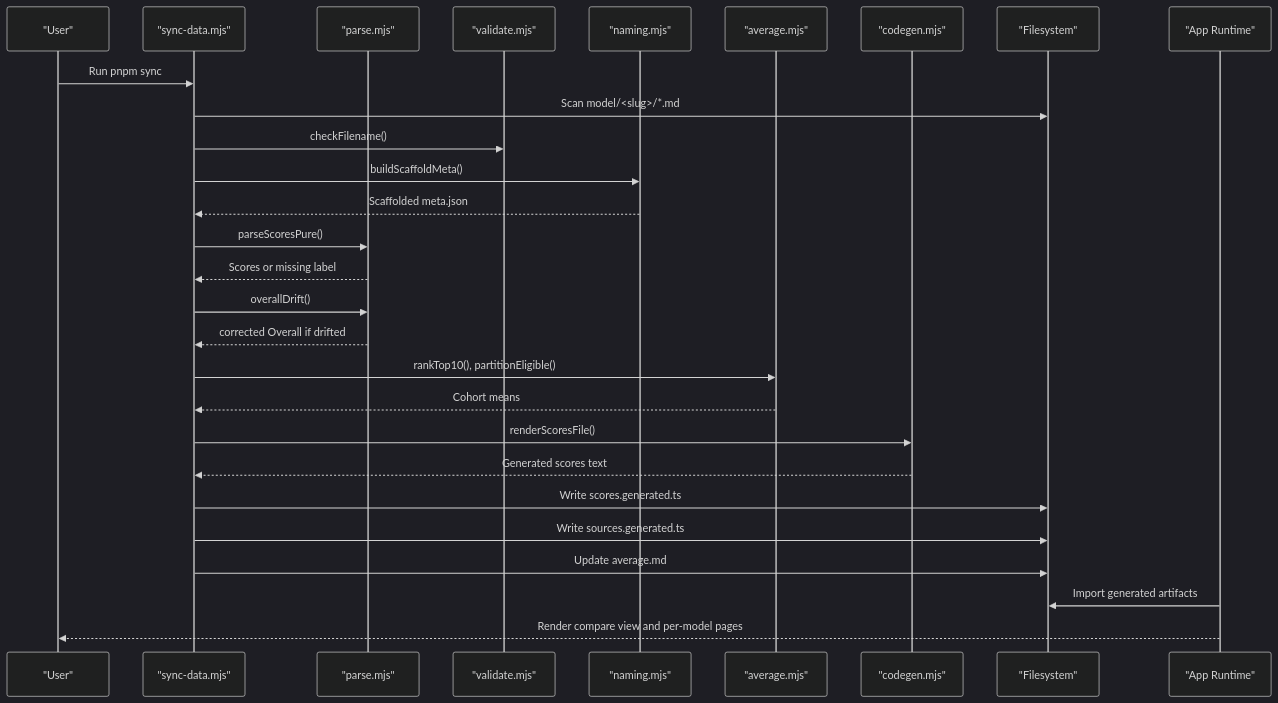
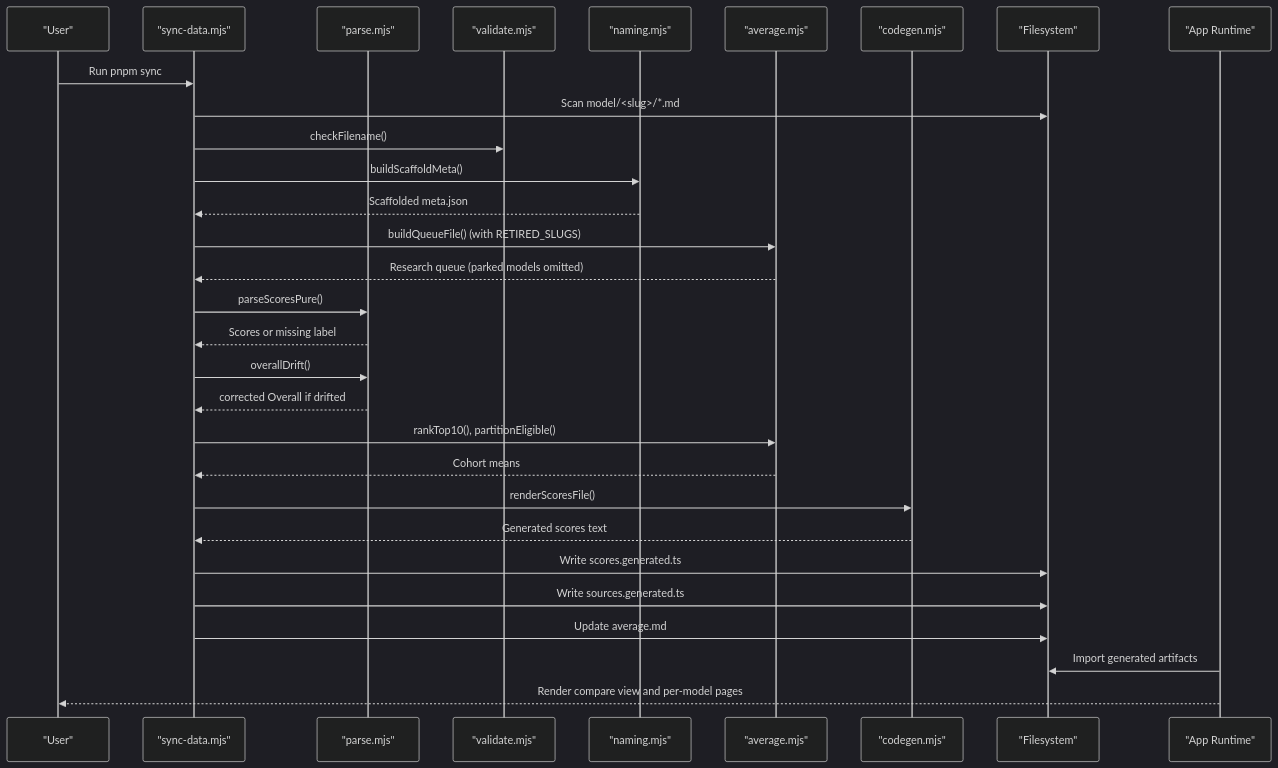
Before and after one commit to delirium-dj/modelcomp: the tenth of 17 diagrams in .qoder/repowiki/en/content/Data Management System/Data Management System.md, drawn with Mermaid (dark theme). The commit also changed other lines of this file and 103 other files, not shown here.

````diff
--- a/.qoder/repowiki/en/content/Data Management System/Data Management System.md
+++ b/.qoder/repowiki/en/content/Data Management System/Data Management System.md
@@ -347,30 +386,32 @@
 ```mermaid
 sequenceDiagram
 participant User as "User"
 participant Sync as "sync-data.mjs"
 participant Parse as "parse.mjs"
 participant Validate as "validate.mjs"
 participant Naming as "naming.mjs"
 participant Average as "average.mjs"
 participant Codegen as "codegen.mjs"
 participant FS as "Filesystem"
 participant App as "App Runtime"
 User->>Sync : Run pnpm sync
 Sync->>FS : Scan model/<slug>/*.md
 Sync->>Validate : checkFilename()
 Sync->>Naming : buildScaffoldMeta()
 Naming-->>Sync : Scaffolded meta.json
+Sync->>Average : buildQueueFile() (with RETIRED_SLUGS)
+Average-->>Sync : Research queue (parked models omitted)
 Sync->>Parse : parseScoresPure()
 Parse-->>Sync : Scores or missing label
 Sync->>Parse : overallDrift()
 Parse-->>Sync : corrected Overall if drifted
 Sync->>Average : rankTop10(), partitionEligible()
 Average-->>Sync : Cohort means
 Sync->>Codegen : renderScoresFile()
 Codegen-->>Sync : Generated scores text
 Sync->>FS : Write scores.generated.ts
 Sync->>FS : Write sources.generated.ts
 Sync->>FS : Update average.md
 App->>FS : Import generated artifacts
 App-->>User : Render compare view and per-model pages
 ```
````
